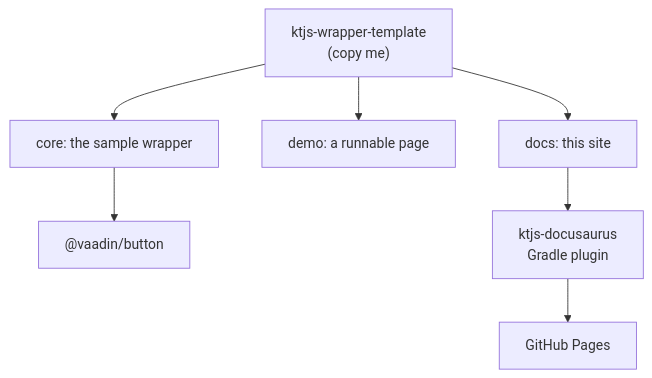
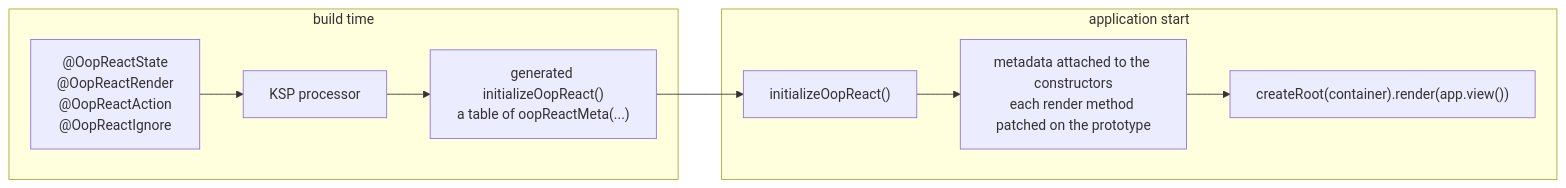
One commit to shijianjs/ktjs-oop-react changed the diagram in docs/src/jsMain/resources/docs/intro.md. Above: the diagram before and after it, drawn with Mermaid. The commit also changed other lines of this file and 17 other files, not shown here.

First line of the commit message:
docs: replace the template site with documentation for this library

````diff
--- a/docs/src/jsMain/resources/docs/intro.md
+++ b/docs/src/jsMain/resources/docs/intro.md
@@ -33,9 +52,12 @@
 ```mermaid
-flowchart TB
-  T["ktjs-wrapper-template<br/>(copy me)"] --> C["core: the sample wrapper"]
-  T --> D["demo: a runnable page"]
-  T --> G["docs: this site"]
-  C --> V["@vaadin/button"]
-  G --> B["ktjs-docusaurus<br/>Gradle plugin"]
-  B --> P["GitHub Pages"]
+flowchart LR
+    subgraph build["build time"]
+        A["@OopReactState<br/>@OopReactRender<br/>@OopReactAction<br/>@OopReactIgnore"] --> B["KSP processor"]
+        B --> C["generated initializeOopReact()<br/>a table of oopReactMeta(...)"]
+    end
+    subgraph runtime["application start"]
+        C --> D["initializeOopReact()"]
+        D --> E["metadata attached to the constructors<br/>each render method patched on the prototype"]
+        E --> F["createRoot(container).render(app.view())"]
+    end
 ```
````
